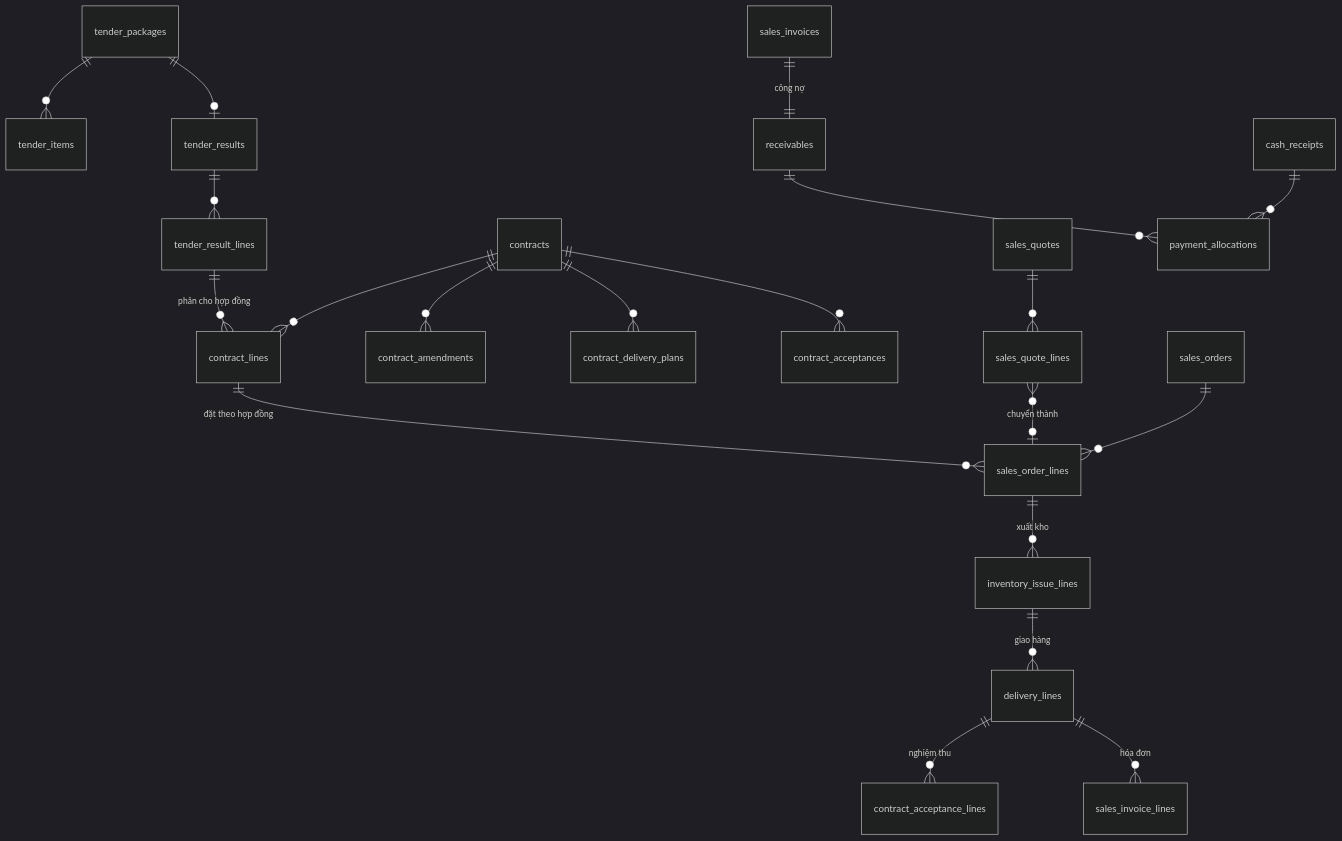
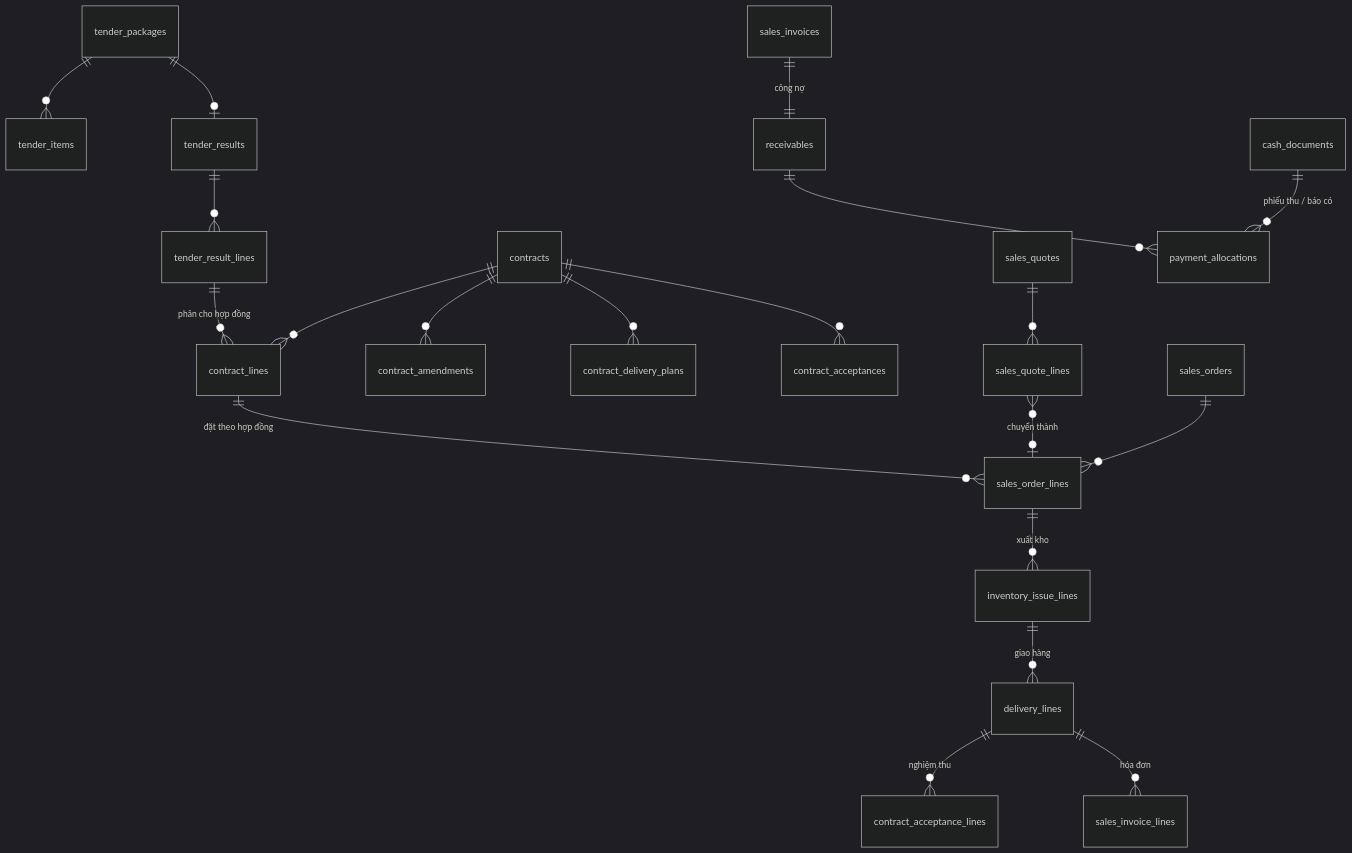
One commit to haict/pqb_ai changed the fourth of 6 diagrams in inventory-management-ai-skeleton/docs/03-database-design.md. Above: the diagram before and after it, drawn with Mermaid (dark theme). The commit also changed other lines of this file and 446 other files, not shown here.

````diff
--- a/inventory-management-ai-skeleton/docs/03-database-design.md
+++ b/inventory-management-ai-skeleton/docs/03-database-design.md
@@ -245,22 +247,22 @@
 ```mermaid
 erDiagram
     tender_packages ||--o{ tender_items : ""
     tender_packages ||--o| tender_results : ""
     tender_results ||--o{ tender_result_lines : ""
     tender_result_lines ||--o{ contract_lines : "phân cho hợp đồng"
     contracts ||--o{ contract_lines : ""
     contracts ||--o{ contract_amendments : ""
     contracts ||--o{ contract_delivery_plans : ""
     contracts ||--o{ contract_acceptances : ""
     sales_quotes ||--o{ sales_quote_lines : ""
     sales_quote_lines }o--o| sales_order_lines : "chuyển thành"
     contract_lines ||--o{ sales_order_lines : "đặt theo hợp đồng"
     sales_orders ||--o{ sales_order_lines : ""
     sales_order_lines ||--o{ inventory_issue_lines : "xuất kho"
     inventory_issue_lines ||--o{ delivery_lines : "giao hàng"
     delivery_lines ||--o{ contract_acceptance_lines : "nghiệm thu"
     delivery_lines ||--o{ sales_invoice_lines : "hóa đơn"
     sales_invoices ||--|| receivables : "công nợ"
     receivables ||--o{ payment_allocations : ""
-    cash_receipts ||--o{ payment_allocations : ""
+    cash_documents ||--o{ payment_allocations : "phiếu thu / báo có"
 ```
````
